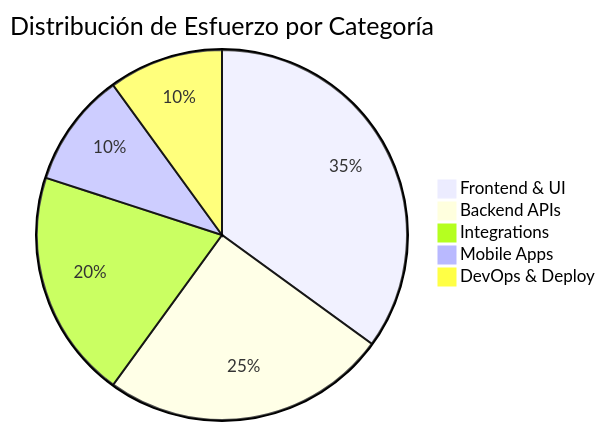
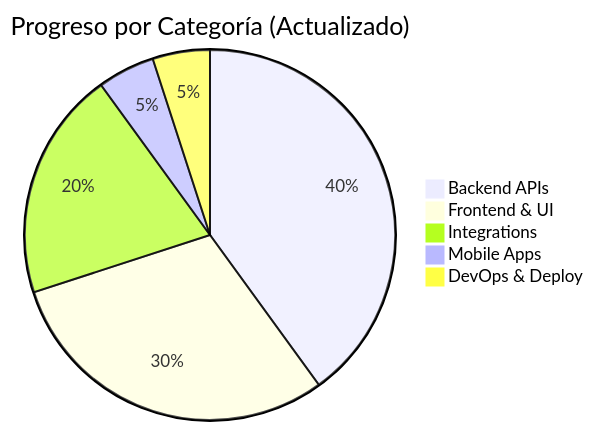
One commit to PeterH4ck/SKYN3T-Control_ changed the diagram in ETAPAS.md. Above: the diagram before and after it, drawn with Mermaid. The commit also changed other lines of this file, not shown here.

````diff
--- a/ETAPAS.md
+++ b/ETAPAS.md
@@ -462,8 +498,8 @@
 ```mermaid
-pie title Distribución de Esfuerzo por Categoría
-    "Frontend & UI" : 35
-    "Backend APIs" : 25
+pie title Progreso por Categoría (Actualizado)
+    "Backend APIs" : 40
+    "Frontend & UI" : 30
     "Integrations" : 20
-    "Mobile Apps" : 10
-    "DevOps & Deploy" : 10
+    "Mobile Apps" : 5
+    "DevOps & Deploy" : 5
 ```
````
